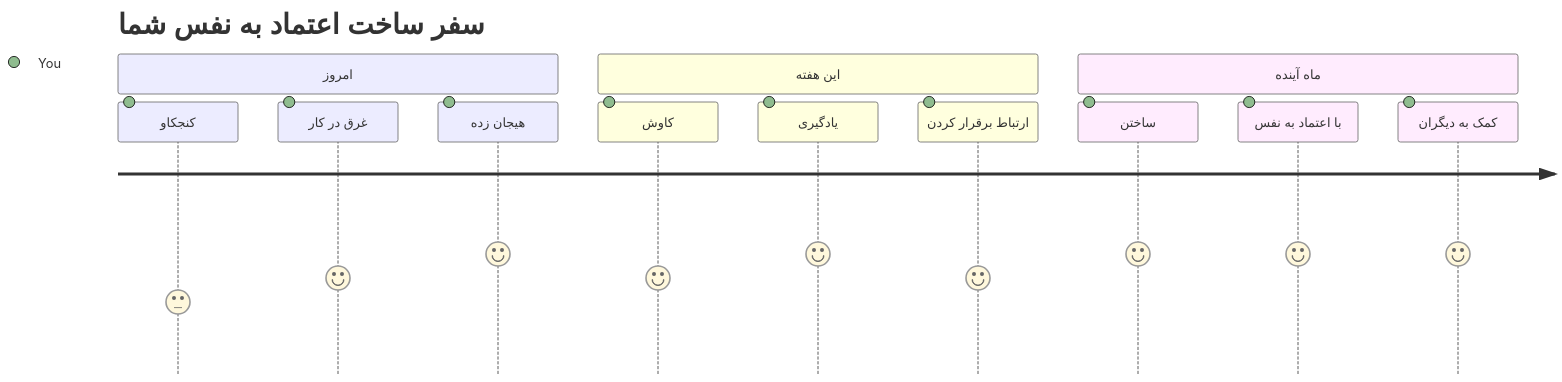
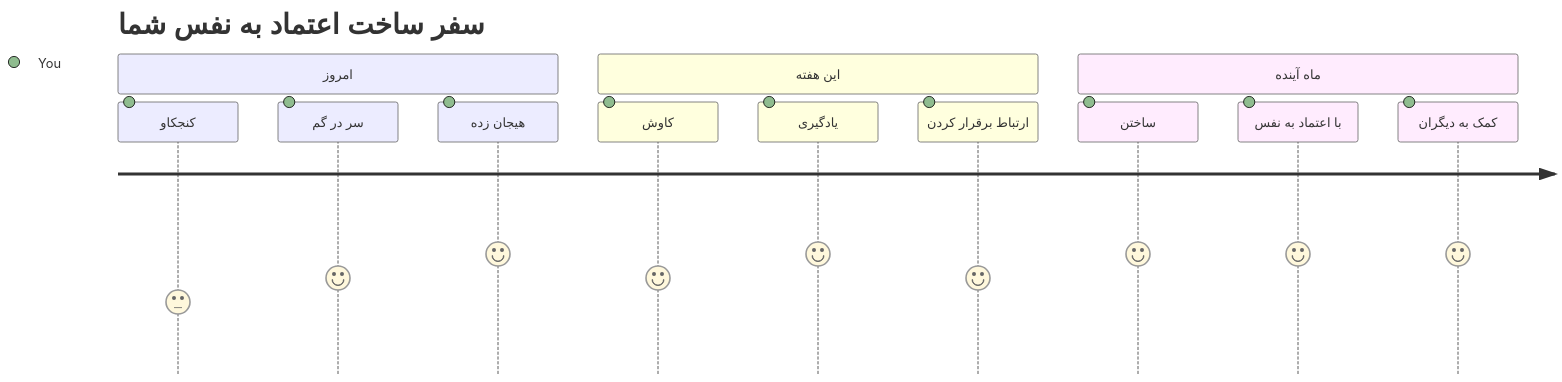
Before and after one commit to microsoft/Web-Dev-For-Beginners: the seventh of 7 diagrams in translations/fa/1-getting-started-lessons/1-intro-to-programming-languages/README.md, drawn with Mermaid. The commit also changed other lines of this file and 11 other files, not shown here.

````diff
--- a/translations/fa/1-getting-started-lessons/1-intro-to-programming-languages/README.md
+++ b/translations/fa/1-getting-started-lessons/1-intro-to-programming-languages/README.md
@@ -829,16 +828,16 @@
 ```mermaid
 journey
     title سفر ساخت اعتماد به نفس شما
     section امروز
       کنجکاو: 3: You
-      غرق در کار: 4: You
+      سر در گم: 4: You
       هیجان زده: 5: You
     section این هفته
       کاوش: 4: You
       یادگیری: 5: You
       ارتباط برقرار کردن: 4: You
     section ماه آینده
       ساختن: 5: You
       با اعتماد به نفس: 5: You
       کمک به دیگران: 5: You
 ```
````
